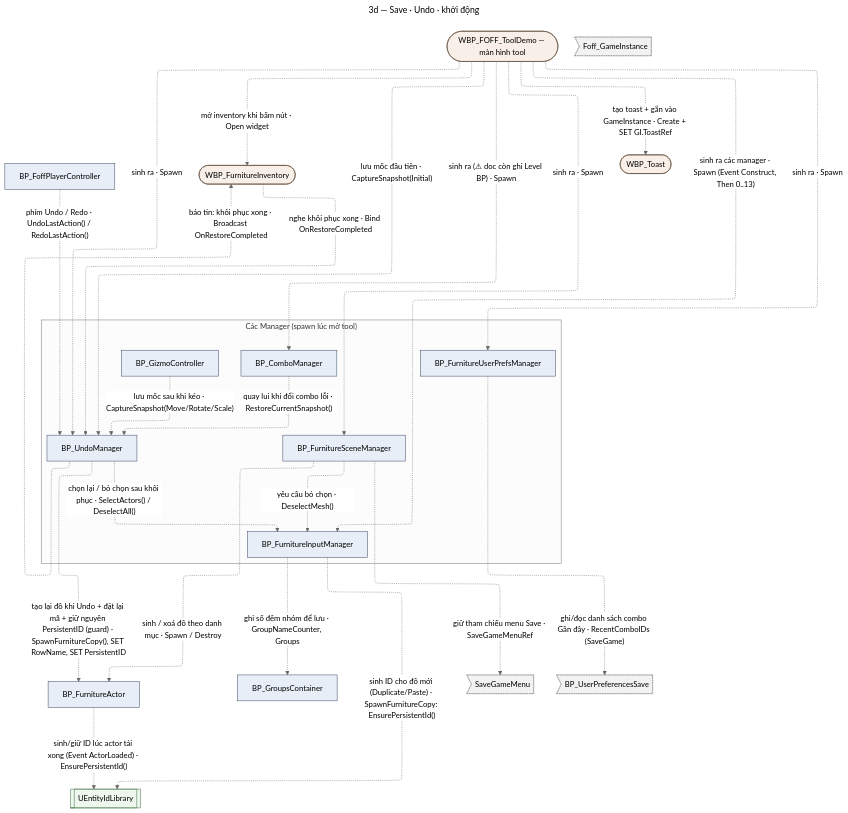
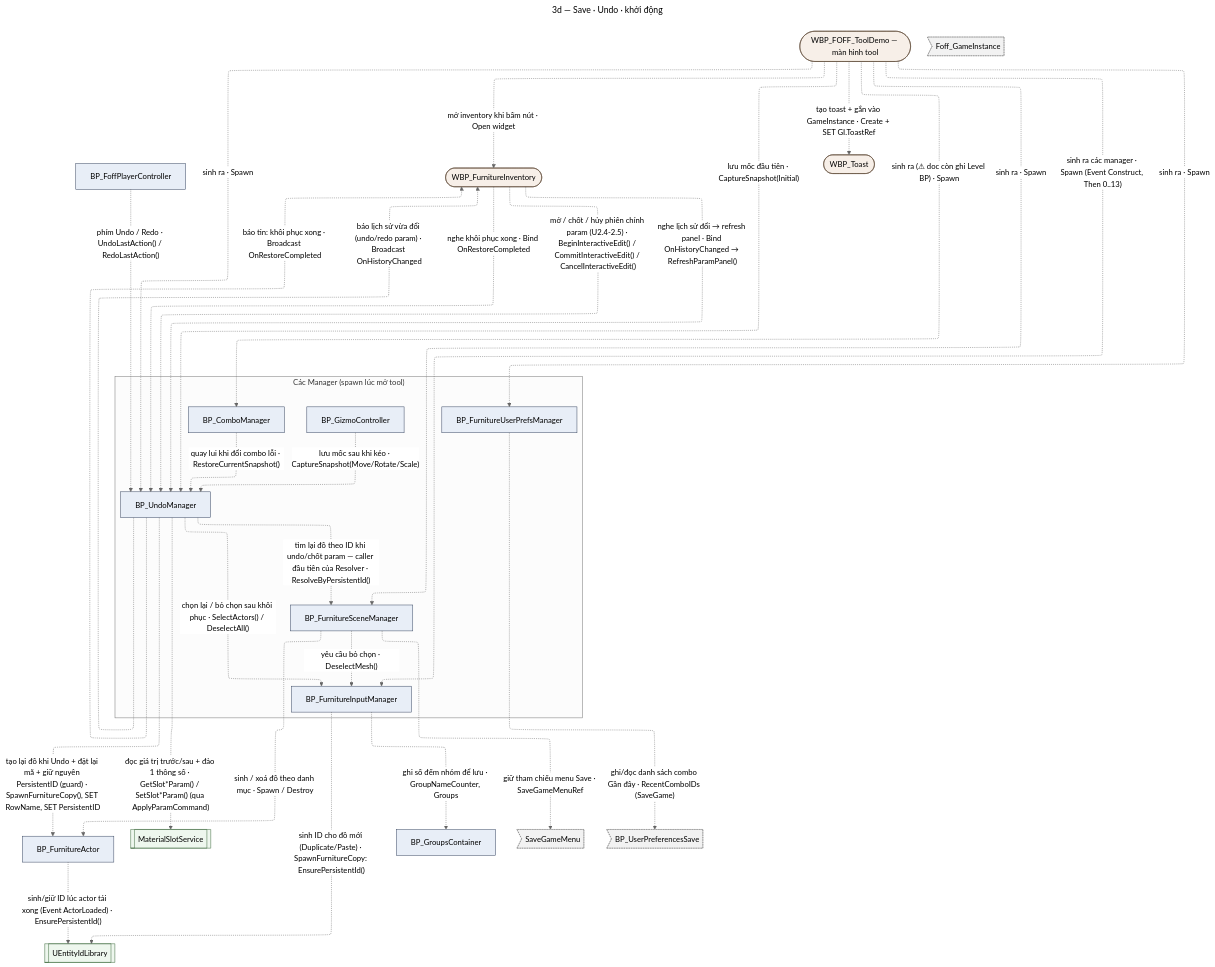
One commit to olivercu04/UE5_InteriorTool_Docs changed the fifth of 6 diagrams in docs/00_Core/Architecture_Map.md. Above: the diagram before and after it, drawn with Mermaid (neutral theme). The commit also changed other lines of this file and 14 other files, not shown here.

````diff
--- a/docs/00_Core/Architecture_Map.md
+++ b/docs/00_Core/Architecture_Map.md
@@ -588,59 +594,65 @@
 ```mermaid
 ---
 title: "3d — Save · Undo · khởi động"
 config:
   flowchart:
     defaultRenderer: elk
 ---
 flowchart TB
   TOOLDEMO(["WBP_FOFF_ToolDemo — màn hình tool"])
   subgraph MGRS["Các Manager (spawn lúc mở tool)"]
     IM["BP_FurnitureInputManager"]
     UNDO["BP_UndoManager"]
     COMBO["BP_ComboManager"]
     SCENE["BP_FurnitureSceneManager"]
     PREFS["BP_FurnitureUserPrefsManager"]
     GIZMO["BP_GizmoController"]
   end
   FA["BP_FurnitureActor"]
   EIL[["UEntityIdLibrary"]]
+  MSS[["MaterialSlotService"]]
   GROUPS["BP_GroupsContainer"]
   PC["BP_FoffPlayerController"]
   INV(["WBP_FurnitureInventory"])
   TOAST(["WBP_Toast"])
   GI>"Foff_GameInstance"]
   SGMENU>"SaveGameMenu"]
   UPS>"BP_UserPreferencesSave"]
 
   TOOLDEMO -.->|"sinh ra các manager · Spawn (Event Construct, Then 0..13)"| IM
   TOOLDEMO -.->|"sinh ra · Spawn"| UNDO
   TOOLDEMO -.->|"sinh ra (⚠ doc còn ghi Level BP) · Spawn"| COMBO
   TOOLDEMO -.->|"sinh ra · Spawn"| SCENE
   TOOLDEMO -.->|"sinh ra · Spawn"| PREFS
   TOOLDEMO -.->|"tạo toast + gắn vào GameInstance · Create + SET GI.ToastRef"| TOAST
   TOOLDEMO -.->|"lưu mốc đầu tiên · CaptureSnapshot(Initial)"| UNDO
   TOOLDEMO -.->|"mở inventory khi bấm nút · Open widget"| INV
   UNDO -.->|"tạo lại đồ khi Undo + đặt lại mã + giữ nguyên PersistentID (guard) · SpawnFurnitureCopy(), SET RowName, SET PersistentID"| FA
   UNDO -.->|"chọn lại / bỏ chọn sau khôi phục · SelectActors() / DeselectAll()"| IM
   FA -.->|"sinh/giữ ID lúc actor tải xong (Event ActorLoaded) · EnsurePersistentId()"| EIL
   IM -.->|"sinh ID cho đồ mới (Duplicate/Paste) · SpawnFurnitureCopy: EnsurePersistentId()"| EIL
   UNDO -.->|"báo tin: khôi phục xong · Broadcast OnRestoreCompleted"| INV
   COMBO -.->|"quay lui khi đổi combo lỗi · RestoreCurrentSnapshot()"| UNDO
   GIZMO -.->|"lưu mốc sau khi kéo · CaptureSnapshot(Move/Rotate/Scale)"| UNDO
   PC -.->|"phím Undo / Redo · UndoLastAction() / RedoLastAction()"| UNDO
   INV -.->|"nghe khôi phục xong · Bind OnRestoreCompleted"| UNDO
   SCENE -.->|"sinh / xoá đồ theo danh mục · Spawn / Destroy"| FA
   SCENE -.->|"giữ tham chiếu menu Save · SaveGameMenuRef"| SGMENU
   SCENE -.->|"yêu cầu bỏ chọn · DeselectMesh()"| IM
   PREFS -.->|"ghi/đọc danh sách combo Gần đây · RecentComboIDs (SaveGame)"| UPS
   IM -.->|"ghi số đếm nhóm để lưu · GroupNameCounter, Groups"| GROUPS
+  INV -.->|"mở / chốt / hủy phiên chỉnh param (U2.4-2.5) · BeginInteractiveEdit() / CommitInteractiveEdit() / CancelInteractiveEdit()"| UNDO
+  UNDO -.->|"tìm lại đồ theo ID khi undo/chốt param — caller đầu tiên của Resolver · ResolveByPersistentId()"| SCENE
+  UNDO -.->|"đọc giá trị trước/sau + đảo 1 thông số · GetSlot*Param() / SetSlot*Param() (qua ApplyParamCommand)"| MSS
+  UNDO -.->|"báo lịch sử vừa đổi (undo/redo param) · Broadcast OnHistoryChanged"| INV
+  INV -.->|"nghe lịch sử đổi → refresh panel · Bind OnHistoryChanged → RefreshParamPanel()"| UNDO
 
   classDef bp fill:#e8eef7,stroke:#33415c;
   classDef wbp fill:#f7efe8,stroke:#5c4633;
   classDef ext fill:#f2f2f2,stroke:#888,stroke-dasharray:3 2;
   classDef svc fill:#eef7ee,stroke:#356335;
   class IM,UNDO,COMBO,SCENE,PREFS,GIZMO,FA,GROUPS,PC bp;
   class TOOLDEMO,INV,TOAST wbp;
-  class EIL svc;
+  class EIL,MSS svc;
   class GI,SGMENU,UPS ext;
 ```
````
